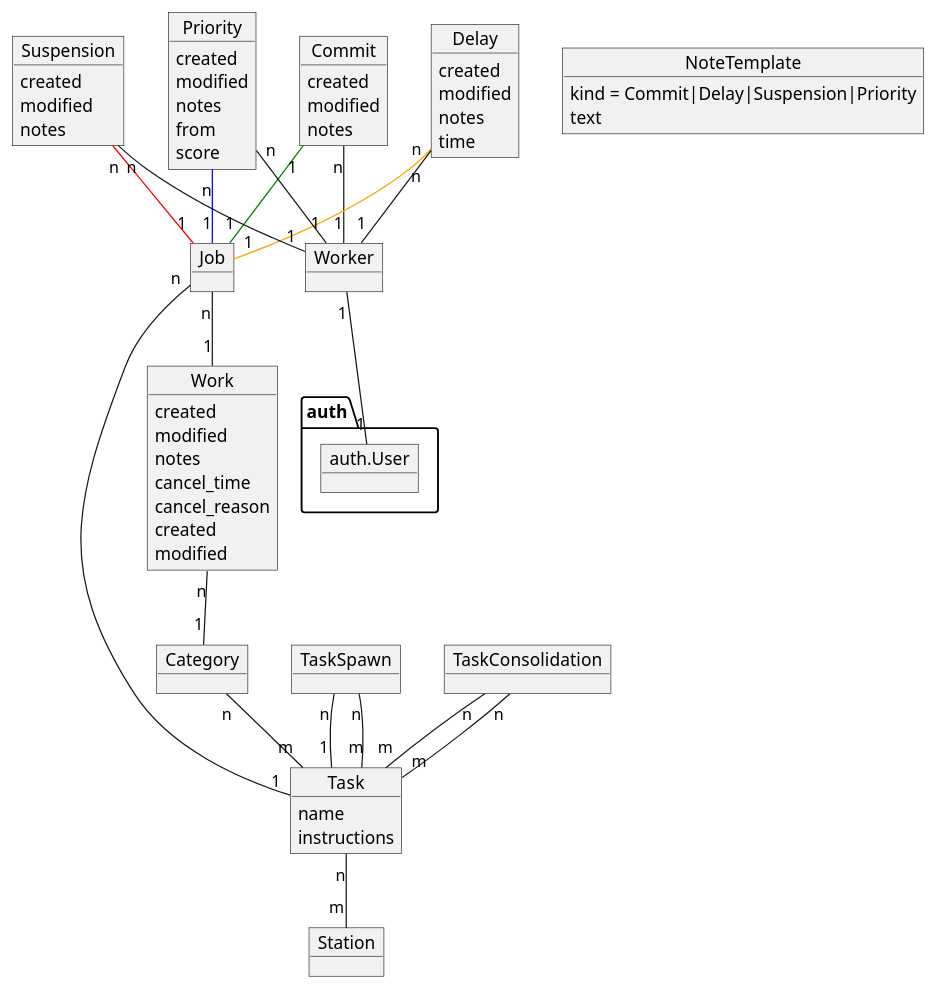
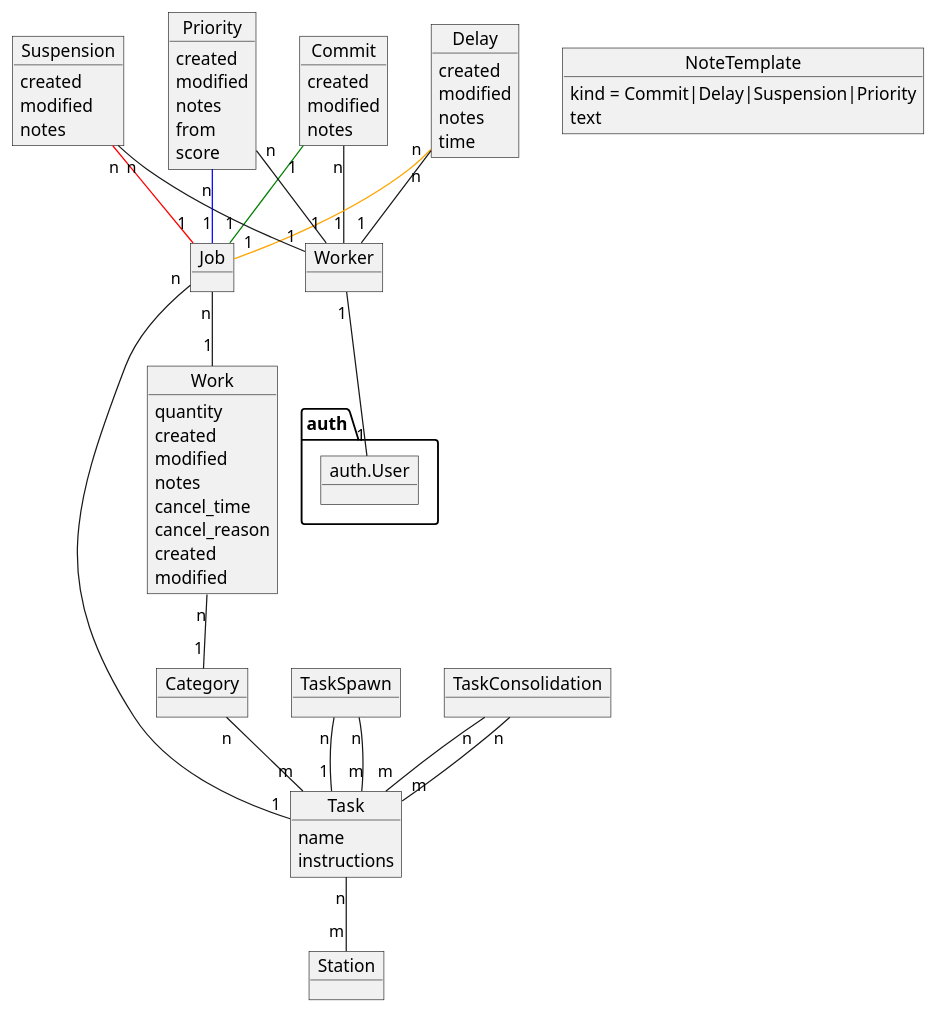
Before and after one commit to iriswm/iris: the diagram in docs/application.plantuml, drawn with PlantUML. The commit also changed 3 other files, not shown here.

Commit message:
Add a "quantity" field to the Work model

```diff
--- a/docs/application.plantuml
+++ b/docs/application.plantuml
@@ -1,189 +1,191 @@
 @startuml
 
 /'
 
-Each time the workshop receives a new order, each single item to be created is
-stored as a `Work` in the Iris site.
+Each time the workshop receives a new order, each item type to be created is
+stored as a `Work` in the Iris site. When more than one item of the same time
+should be created, a desired quantity can be specified.
 
 Works track creation and modification times, can have notes and can be
 canceled.
 
 '/
 
 object Work
 
+Work : quantity
 Work : created
 Work : modified
 Work : notes
 Work : cancel_time
 Work : cancel_reason
 
 /'
 
 Each work will be part of a `Category`. Categories will map each work to a set
 of tasks (`Task` objects).
 
 Each task has individual `instructions` and a simple `name`.
 
 When a new work is created, the category is checked and an appropriate set of
 jobs are created (`Job` objects). Each of this jobs, when completed, will span
 extra works according to another model called `TaskSpawn`. Also, some tasks
 will be spawned when a set of tasks for the same line are completed (only when
 they are all completed). This tasks depending on sets of tasks are kept in the
 model `TaskConsolidation`.
 
 '/
 
 object Category
 
 Work "n" -- "1" Category
 
 object Task
 
 Category "n" -- "m" Task
 
 Task : name
 Task : instructions
 
 object Job
 
 Job "n" -- "1" Task
 Job "n" -- "1" Work
 
 object TaskSpawn
 object TaskConsolidation
 
 TaskSpawn "n" -- "1" Task
 TaskSpawn "n" -- "m" Task
 TaskConsolidation "n" -- "m" Task
 TaskConsolidation "n" -- "m" Task
 
 /'
 
 The items in the models `Task`, `Category`, `TaskSpawn` and `TaskConsolidation`
 represent trees of works needed to consider an order fulfilled.
 
 The works can be completed by any worker, identified in the model `Worker` and
 connected to an Django `User`. The works are marked as completed creating a new
 item in another model called `Commit`.
 
 '/
 
 object Worker
 object auth.User
 
 Worker "1" -- "1" auth.User
 
 object Commit
 
 Commit "1" -[#green]- "1" Job
 Commit "n" -- "1" Worker
 
 /'
 
 The items in `Work` and `Commit` are timestamped to keep track of the amount of
 time needed by each item in an Order and offer proper estimations and reports.
 The commits also have `notes`.
 
 '/
 
 Work : created
 Work : modified
 Commit : created
 Commit : modified
 Commit : notes
 
 /'
 
 The main purpose of the Iris site is to keep a list of station profiles in a
 `Station` model and offer a detail page for each station when the workers in
 the station can see the tasks pending work and the information needed for each
 task. The secondary purpose is to help with the estimation of order completion
 times and the tertiary purpose is to offer insights into work efficiency and
 performance.
 
 '/
 
 object Station
 
 Task "n" -- "m" Station
 
 /'
 
 The interface will be keep as simple as possible and will have utilities to
 ease the interaction using touch screens. A simple way to switch between
 workers profiles or an alternative should be provided. Also, a system for
 adding common notes using a few touches may be helpful.
 
 '/
 
 object NoteTemplate
 NoteTemplate : kind = Commit|Delay|Suspension|Priority
 NoteTemplate : text
 
 /'
 
 Abnormal workflows in works will be handled using extra models:
 
 '/
 
 /'
 
 - The `Delay` model, with a specific time specified to hide the work in the
   station during that time and a note.
 
 '/
 
 object Delay
 
 Delay "n" -[#orange]- "1" Job
 Delay "n" -- "1" Worker
 
 Delay : created
 Delay : modified
 Delay : notes
 Delay : time
 
 /'
 
 - The `Suspension` model, for halts in works without time estimations, also
   with a note.
 
 '/
 
 object Suspension
 
 Suspension "n" -[#red]- "1" Job
 Suspension "n" -- "1" Worker
 
 Suspension : created
 Suspension : modified
 Suspension : notes
 
 /'
 
 - The `Priority` model, to give extra priority to certain work from a specific
   date. This will override the default FIFO order for works with a different
   score. The higher the score the higher the priority.
 
 '/
 
 object Priority
 
 Priority "n" -[#blue]- "1" Job
 Priority "n" -- "1" Worker
 
 Priority : created
 Priority : modified
 Priority : notes
 Priority : from
 Priority : score
 
 /'
 
 A system of alerts to handle delays or suspensions is also considerably useful
 to have, but in the meantime, an screen to show them should be enough.
 
 '/
 
 @enduml
```
